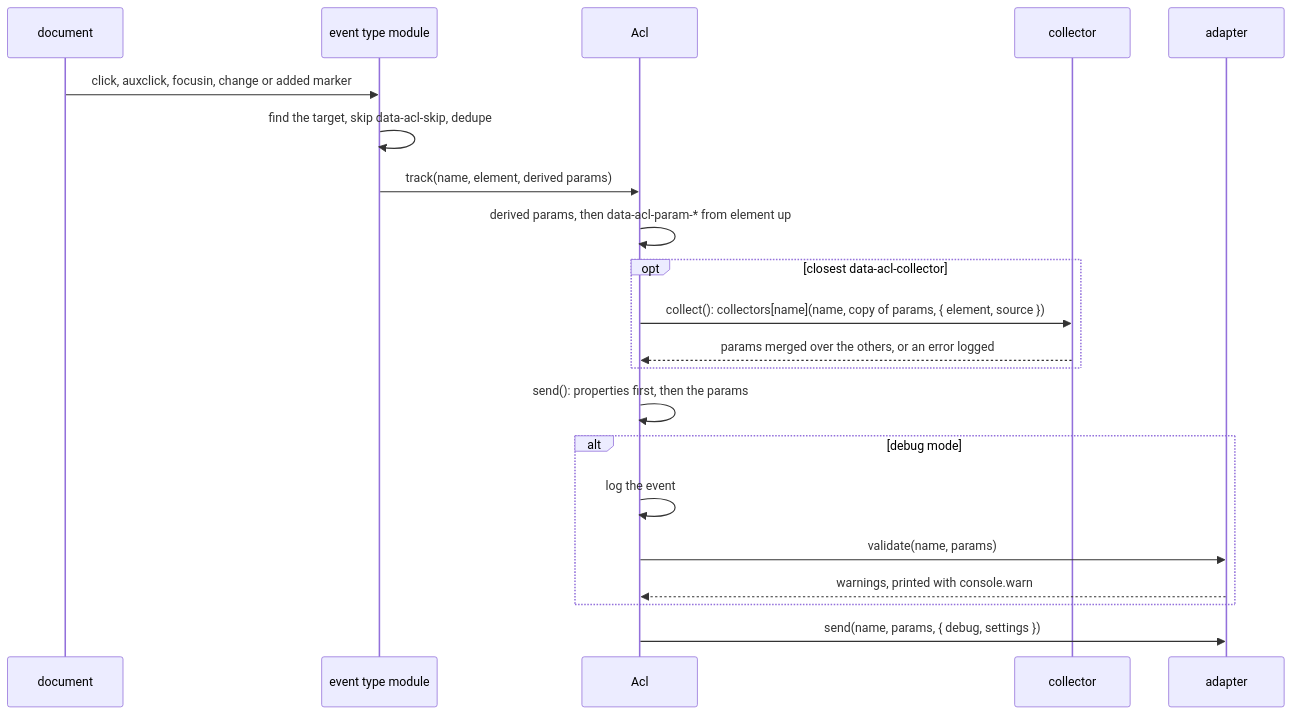
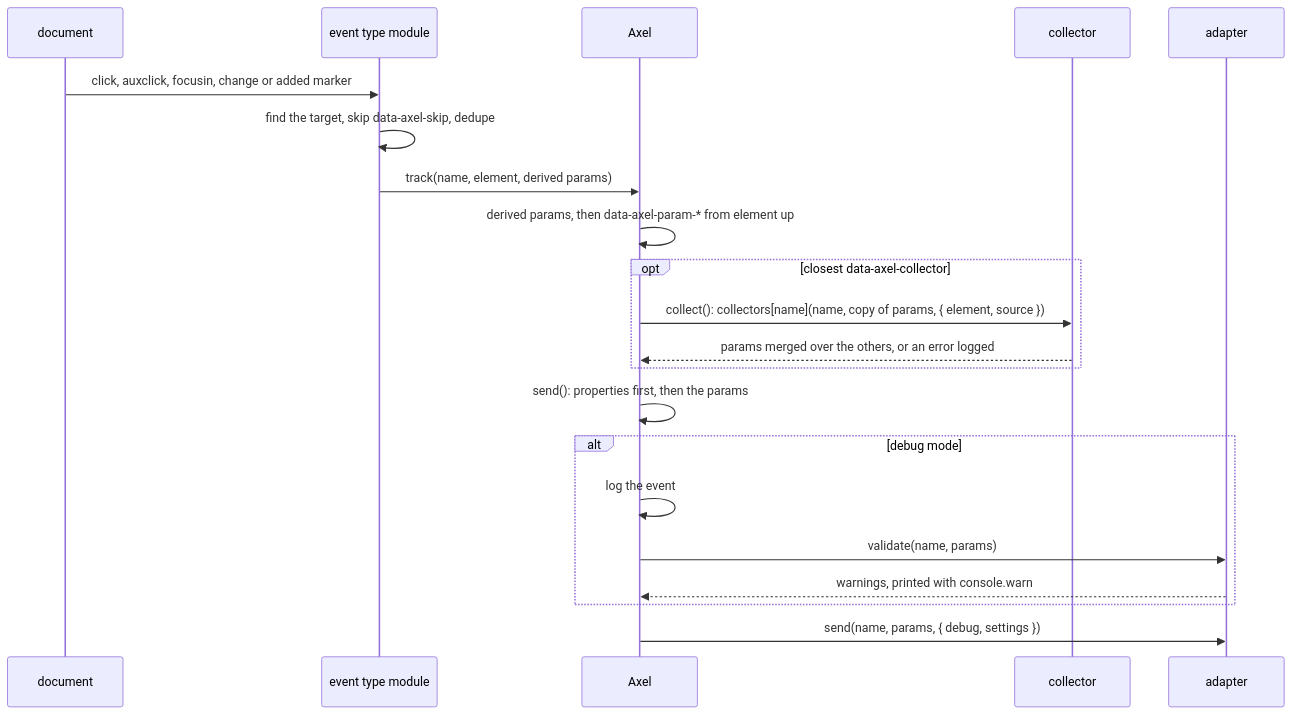
The third of 3 diagrams in docs/architecture/README.md (drevops/axel), drawn with Mermaid before and after one commit. The commit also changed other lines of this file and 29 other files, not shown here.

Commit message:
Renamed the 'data-acl-*' attributes, globals, Drupal settings, class and bundles to 'axel'.

````diff
--- a/docs/architecture/README.md
+++ b/docs/architecture/README.md
@@ -83,24 +83,24 @@
 ```mermaid
 %% Traced from: src/core/event-types/*.js, src/core/core.js track(), collect() and send(), src/core/dom.js collectParams(), src/adapters/ga4.js.
 sequenceDiagram
     participant Page as document
     participant Type as event type module
-    participant ACL as Acl
+    participant Axel
     participant Collector as collector
     participant Adapter as adapter
     Page->>Type: click, auxclick, focusin, change or added marker
-    Type->>Type: find the target, skip data-acl-skip, dedupe
-    Type->>ACL: track(name, element, derived params)
-    ACL->>ACL: derived params, then data-acl-param-* from element up
-    opt closest data-acl-collector
-        ACL->>Collector: collect(): collectors[name](name, copy of params, { element, source })
-        Collector-->>ACL: params merged over the others, or an error logged
+    Type->>Type: find the target, skip data-axel-skip, dedupe
+    Type->>Axel: track(name, element, derived params)
+    Axel->>Axel: derived params, then data-axel-param-* from element up
+    opt closest data-axel-collector
+        Axel->>Collector: collect(): collectors[name](name, copy of params, { element, source })
+        Collector-->>Axel: params merged over the others, or an error logged
     end
-    ACL->>ACL: send(): properties first, then the params
+    Axel->>Axel: send(): properties first, then the params
     alt debug mode
-        ACL->>ACL: log the event
-        ACL->>Adapter: validate(name, params)
-        Adapter-->>ACL: warnings, printed with console.warn
+        Axel->>Axel: log the event
+        Axel->>Adapter: validate(name, params)
+        Adapter-->>Axel: warnings, printed with console.warn
     end
-    ACL->>Adapter: send(name, params, { debug, settings })
+    Axel->>Adapter: send(name, params, { debug, settings })
 ```
````
